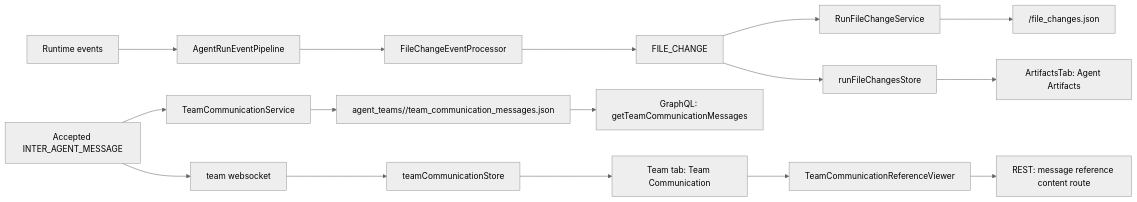
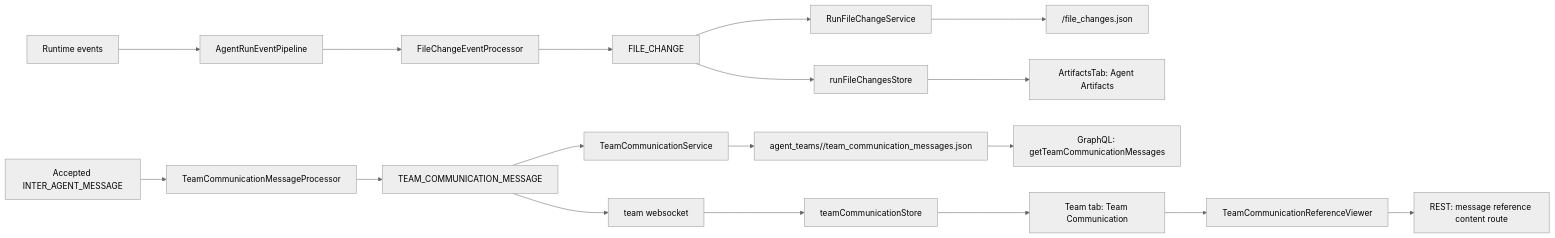
Before and after one commit to AutoByteus/autobyteus-workspace: the diagram in autobyteus-web/docs/agent_artifacts.md, drawn with Mermaid (neutral theme). The commit also changed other lines of this file and 38 other files, not shown here.

Commit message:
Rework team communication derived message flow

````diff
--- a/autobyteus-web/docs/agent_artifacts.md
+++ b/autobyteus-web/docs/agent_artifacts.md
@@ -97,19 +98,21 @@
 ```mermaid
 flowchart LR
   A[Runtime events] --> B[AgentRunEventPipeline]
   B --> C[FileChangeEventProcessor]
   C --> D[FILE_CHANGE]
   D --> E[RunFileChangeService]
   E --> F[<run-memory-dir>/file_changes.json]
   D --> G[runFileChangesStore]
   G --> H[ArtifactsTab: Agent Artifacts]
 
-  I[Accepted INTER_AGENT_MESSAGE] --> J[TeamCommunicationService]
-  J --> K[agent_teams/<teamRunId>/team_communication_messages.json]
-  I --> L[team websocket]
-  L --> M[teamCommunicationStore]
-  K --> N[GraphQL: getTeamCommunicationMessages]
-  M --> O[Team tab: Team Communication]
-  O --> P[TeamCommunicationReferenceViewer]
-  P --> Q[REST: message reference content route]
+  I[Accepted INTER_AGENT_MESSAGE] --> J[TeamCommunicationMessageProcessor]
+  J --> K[TEAM_COMMUNICATION_MESSAGE]
+  K --> L[TeamCommunicationService]
+  L --> N[agent_teams/<teamRunId>/team_communication_messages.json]
+  K --> M[team websocket]
+  M --> P[teamCommunicationStore]
+  N --> O[GraphQL: getTeamCommunicationMessages]
+  P --> R[Team tab: Team Communication]
+  R --> S[TeamCommunicationReferenceViewer]
+  S --> T[REST: message reference content route]
 ```
````
